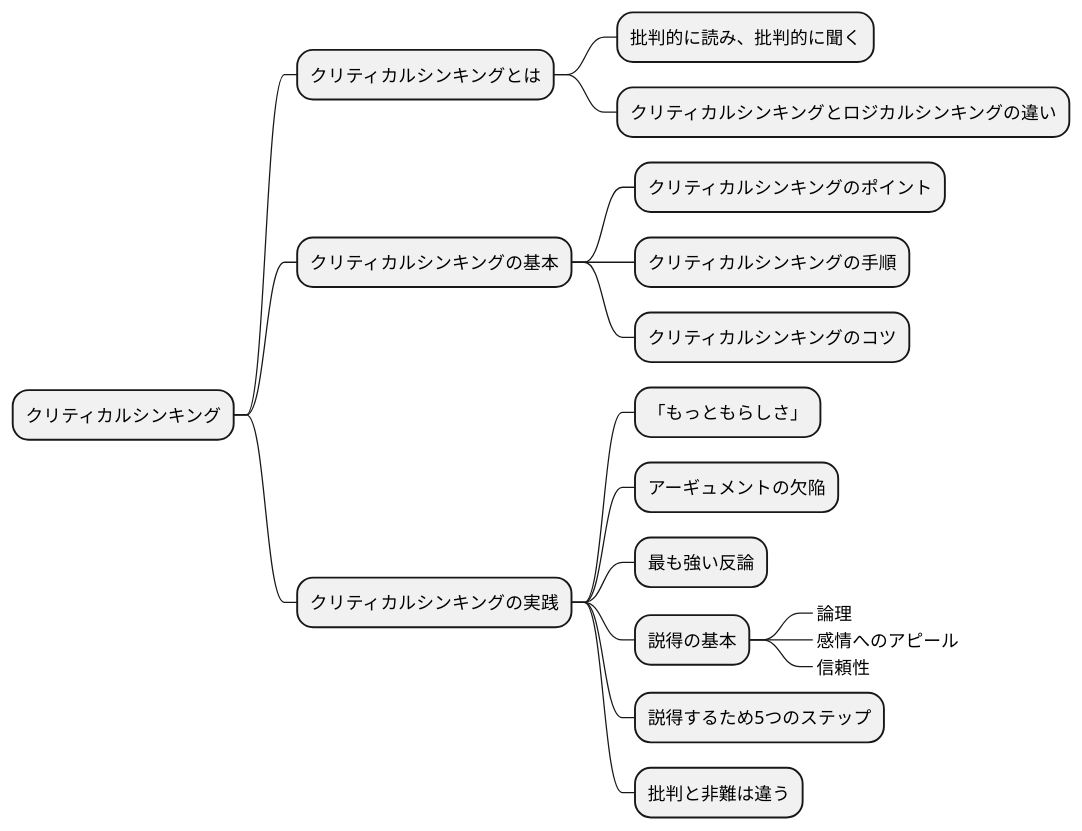
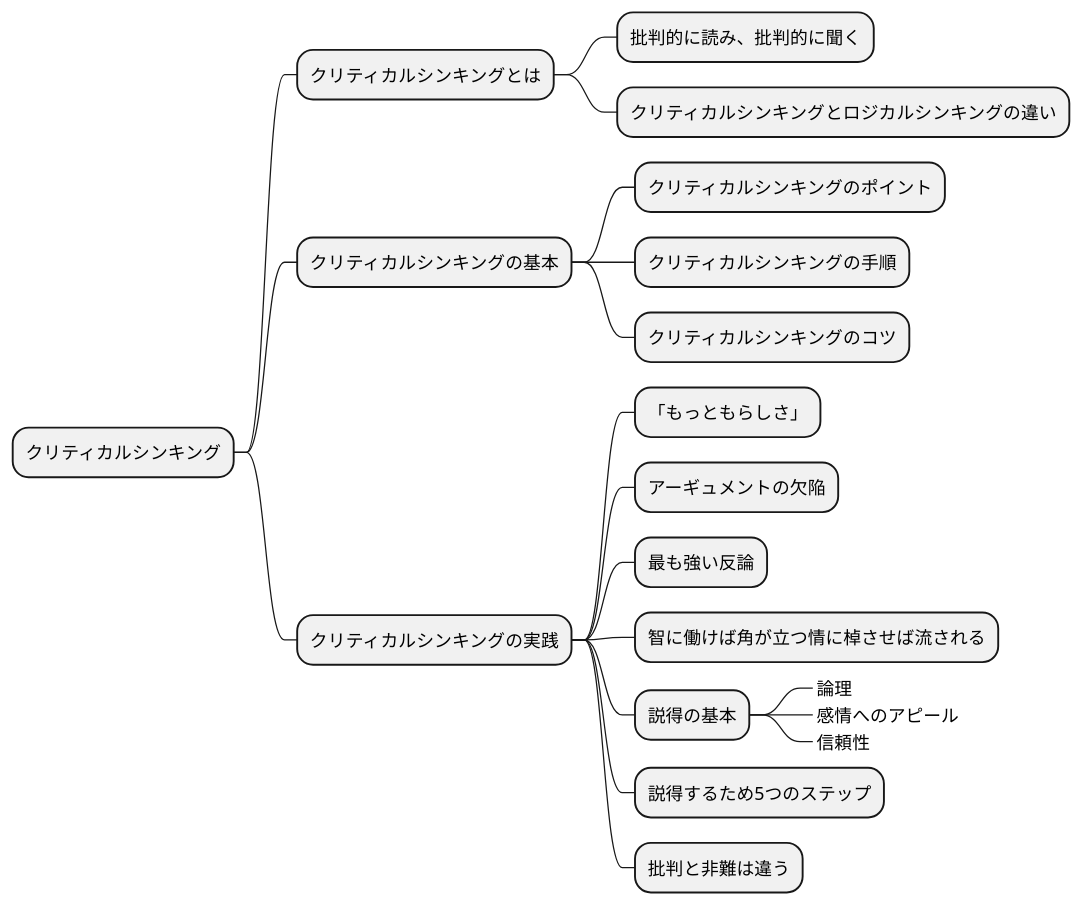
Diagram 27 of 30 in docs/slides/episode02.md (k2works/pragmatic-presentation-exercise-2024), drawn with PlantUML before and after one commit. The commit also changed other lines of this file and 2 other files, not shown here.

````diff
--- a/docs/slides/episode02.md
+++ b/docs/slides/episode02.md
@@ -978,24 +974,25 @@
 ```plantuml
 @startmindmap
 
 * クリティカルシンキング
 ** クリティカルシンキングとは
 *** 批判的に読み、批判的に聞く
 *** クリティカルシンキングとロジカルシンキングの違い
 ** クリティカルシンキングの基本
 *** クリティカルシンキングのポイント
 *** クリティカルシンキングの手順
 *** クリティカルシンキングのコツ
 ** クリティカルシンキングの実践
 *** 「もっともらしさ」
 *** アーギュメントの欠陥
 *** 最も強い反論
+*** 智に働けば角が立つ情に棹させば流される
 *** 説得の基本
 ****_ 論理
 ****_ 感情へのアピール
 ****_ 信頼性
 *** 説得するため5つのステップ
 *** 批判と非難は違う
 
 @endmindmap
 ```
````
